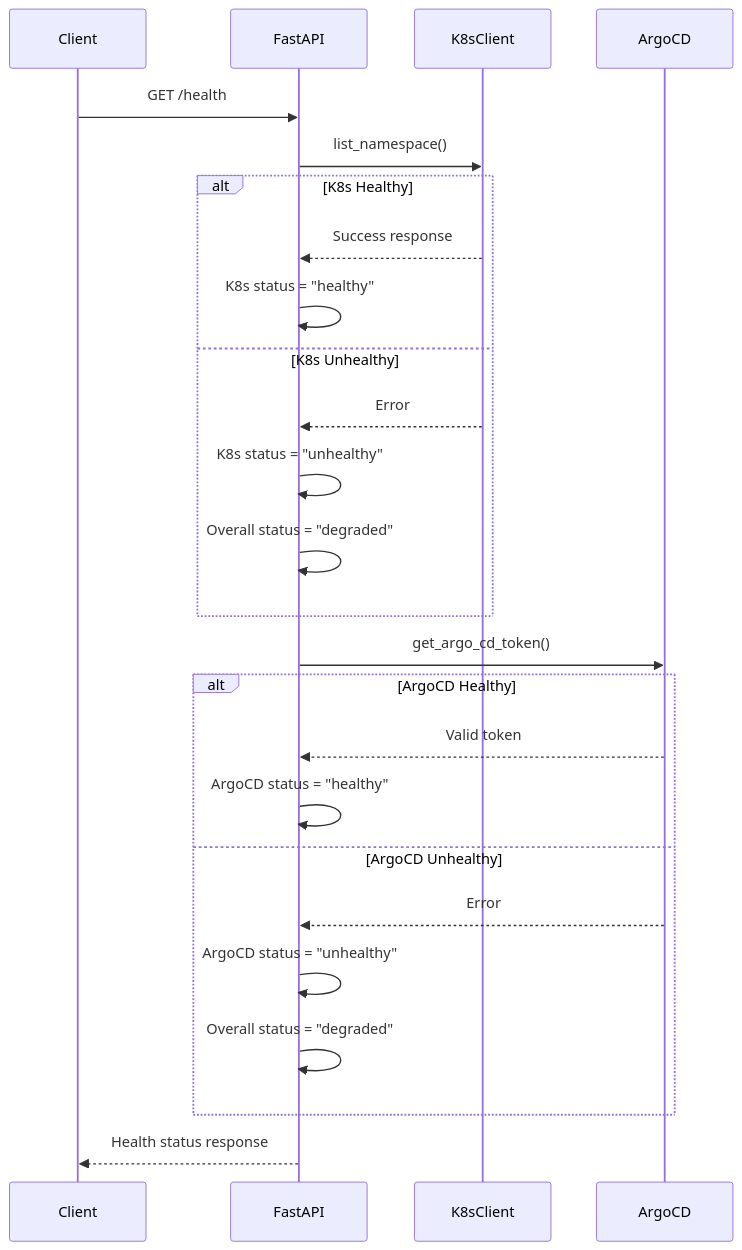
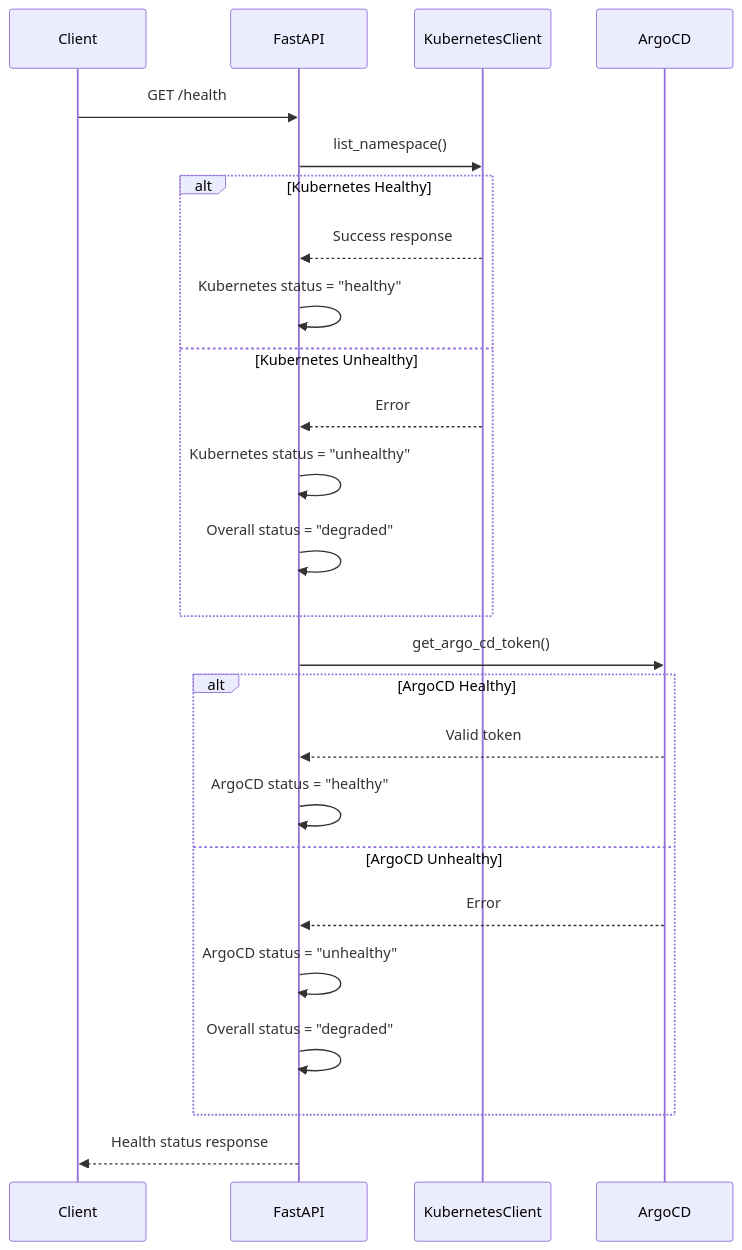
One commit to lloydchang/tvp-k8s changed the diagram in fastapi/mermaid/health-check-sequence.mermaid. Above: the diagram before and after it, drawn with Mermaid. The commit also changed 12 other files, not shown here.

```diff
--- a/fastapi/mermaid/health-check-sequence.mermaid
+++ b/fastapi/mermaid/health-check-sequence.mermaid
@@ -1,29 +1,29 @@
 sequenceDiagram
     participant Client
     participant FastAPI
-    participant K8sClient
+    participant KubernetesClient
     participant ArgoCD
     
     Client->>FastAPI: GET /health
     
-    FastAPI->>K8sClient: list_namespace()
-    alt K8s Healthy
-        K8sClient-->>FastAPI: Success response
-        FastAPI->>FastAPI: K8s status = "healthy"
-    else K8s Unhealthy
-        K8sClient-->>FastAPI: Error
-        FastAPI->>FastAPI: K8s status = "unhealthy"
+    FastAPI->>KubernetesClient: list_namespace()
+    alt Kubernetes Healthy
+        KubernetesClient-->>FastAPI: Success response
+        FastAPI->>FastAPI: Kubernetes status = "healthy"
+    else Kubernetes Unhealthy
+        KubernetesClient-->>FastAPI: Error
+        FastAPI->>FastAPI: Kubernetes status = "unhealthy"
         FastAPI->>FastAPI: Overall status = "degraded"
     end
     
     FastAPI->>ArgoCD: get_argo_cd_token()
     alt ArgoCD Healthy
         ArgoCD-->>FastAPI: Valid token
         FastAPI->>FastAPI: ArgoCD status = "healthy"
     else ArgoCD Unhealthy
         ArgoCD-->>FastAPI: Error
         FastAPI->>FastAPI: ArgoCD status = "unhealthy"
         FastAPI->>FastAPI: Overall status = "degraded"
     end
     
     FastAPI-->>Client: Health status response
```
